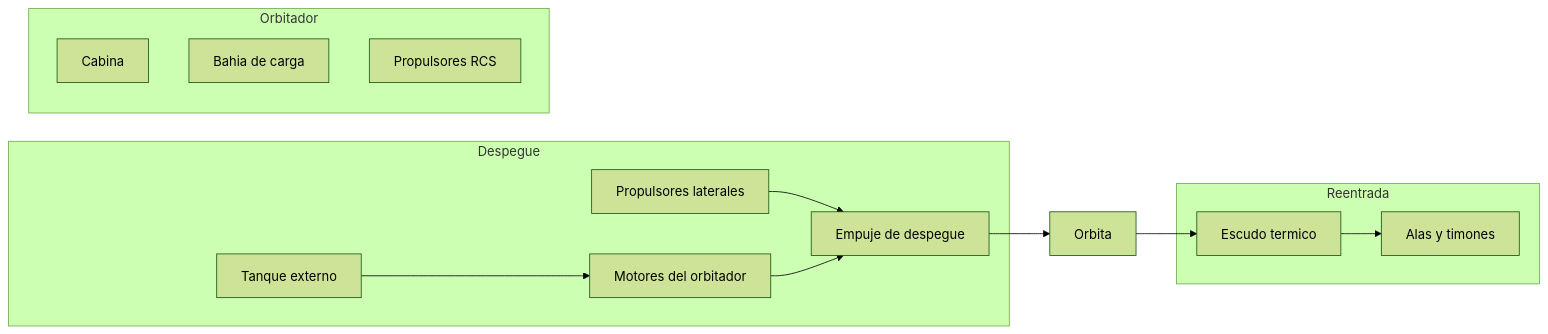
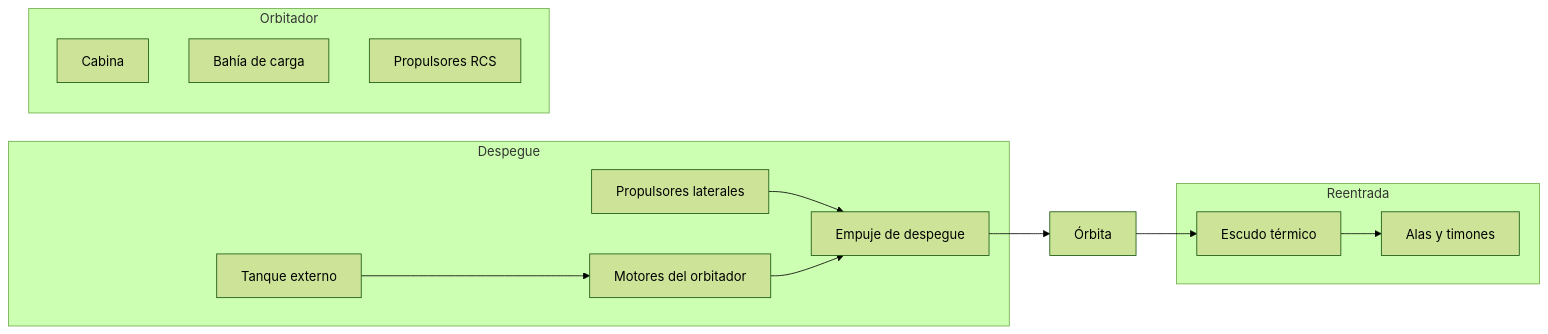
One commit to vladimiracunadev-create/machine-operator-program changed the first of 3 diagrams in vehiculos/transbordadores/operacion/sistemas-mecanicos-transbordador.md. Above: the diagram before and after it, drawn with Mermaid (forest theme). The commit also changed other lines of this file and 442 other files, not shown here.

````diff
--- a/vehiculos/transbordadores/operacion/sistemas-mecanicos-transbordador.md
+++ b/vehiculos/transbordadores/operacion/sistemas-mecanicos-transbordador.md
@@ -9,20 +9,20 @@
 ```mermaid
 flowchart LR
     subgraph Despegue
         Tanque[Tanque externo] --> Motores[Motores del orbitador]
         Propulsores[Propulsores laterales] --> EmpujeD[Empuje de despegue]
         Motores --> EmpujeD
     end
     subgraph Orbitador
         Cabina[Cabina]
-        Bahia[Bahia de carga]
+        Bahia[Bahía de carga]
         RCS[Propulsores RCS]
     end
     subgraph Reentrada
-        Escudo[Escudo termico]
+        Escudo[Escudo térmico]
         Alas[Alas y timones]
     end
-    EmpujeD --> Orbita[Orbita]
+    EmpujeD --> Orbita[Órbita]
     Orbita --> Escudo
     Escudo --> Alas
 ```
````
